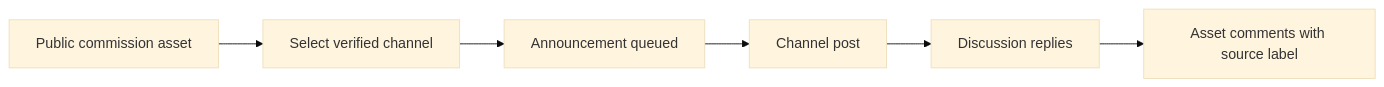
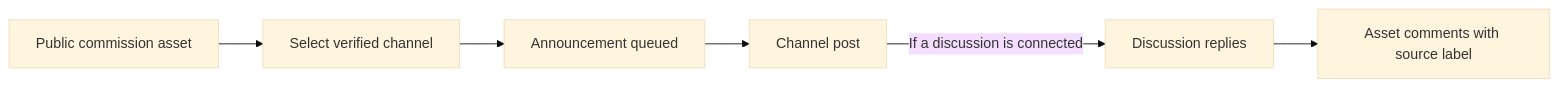
Before and after one commit to Orbiters-cc/Documentation: the diagram in docs/how-to/14-announce-commission-assets.md, drawn with Mermaid (base theme). The commit also changed other lines of this file, not shown here.

Commit message:
document optional Telegram discussion groups

````diff
--- a/docs/how-to/14-announce-commission-assets.md
+++ b/docs/how-to/14-announce-commission-assets.md
@@ -29,10 +29,10 @@
 ```mermaid
 flowchart LR
   accTitle: Optional channel announcement and public comments
   accDescr: A creator selects a verified channel, Orbiters posts the listing, and channel discussion replies appear in the asset comments with their platform label.
   A[Public commission asset] --> B[Select verified channel]
   B --> C[Announcement queued]
   C --> D[Channel post]
-  D --> E[Discussion replies]
+  D -->|If a discussion is connected| E[Discussion replies]
   E --> F[Asset comments with source label]
 ```
````
